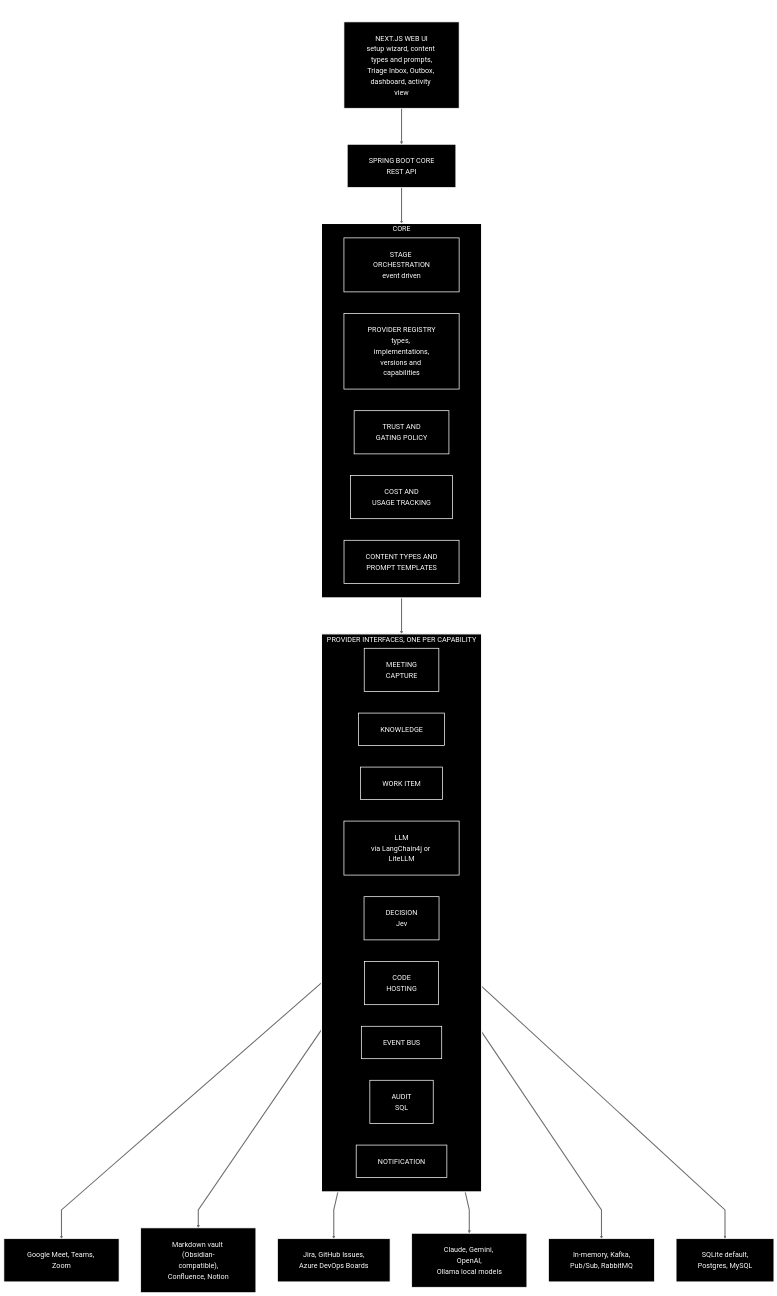
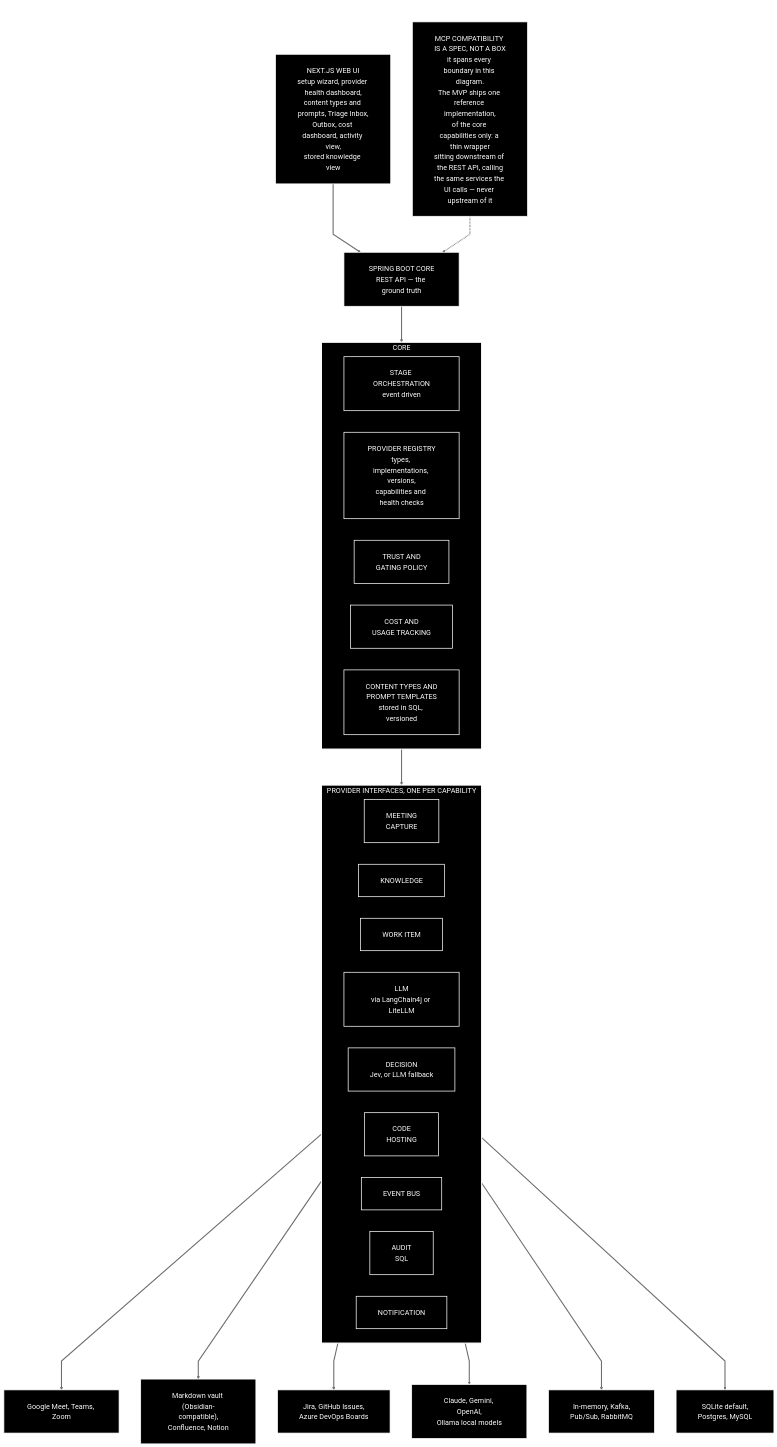
The diagram in prd/08-architecture.md (JamesTwisleton/capture-knowledge-action), drawn with Mermaid before and after one commit. The commit also changed other lines of this file and 17 other files, not shown here.

First line of the commit message:
PRD v0.9.4 to v0.9.6: MVP scope, event-driven pipeline, demo script, MCP

````diff
--- a/prd/08-architecture.md
+++ b/prd/08-architecture.md
@@ -9,42 +9,44 @@
 ```mermaid
 ---
 title: Architecture overview
 ---
 %%{init: {"theme":"base","themeVariables":{"background":"#000000","fontSize":"20px","primaryColor":"#000000","primaryTextColor":"#ffffff","primaryBorderColor":"#ffffff","secondaryColor":"#000000","secondaryTextColor":"#ffffff","secondaryBorderColor":"#ffffff","tertiaryColor":"#000000","tertiaryTextColor":"#ffffff","tertiaryBorderColor":"#ffffff","lineColor":"#6e6e6e","textColor":"#ffffff","mainBkg":"#000000","nodeBorder":"#ffffff","nodeTextColor":"#ffffff","clusterBkg":"#000000","clusterBorder":"#ffffff","titleColor":"#6e6e6e","edgeLabelBackground":"#000000"},"flowchart":{"nodeSpacing":60,"rankSpacing":100,"padding":30,"curve":"linear"},"themeCSS":"svg{background:#000000 !important;}"}}%%
 flowchart TB
-  UI["NEXT.JS WEB UI<br/>setup wizard, content types and prompts,<br/>Triage Inbox, Outbox, dashboard, activity view"]
-  API["SPRING BOOT CORE<br/>REST API"]
+  UI["NEXT.JS WEB UI<br/>setup wizard, provider health dashboard,<br/>content types and prompts, Triage Inbox,<br/>Outbox, cost dashboard, activity view,<br/>stored knowledge view"]
+  API["SPRING BOOT CORE<br/>REST API — the ground truth"]
   UI ==> API
+  MCP["MCP COMPATIBILITY IS A SPEC, NOT A BOX<br/>it spans every boundary in this diagram.<br/>The MVP ships one reference implementation,<br/>of the core capabilities only: a thin wrapper<br/>sitting downstream of the REST API, calling<br/>the same services the UI calls — never upstream of it"]
+  MCP -.-> API
   subgraph CORE["CORE"]
     direction LR
     ORCH["STAGE ORCHESTRATION<br/>event driven"]
-    REG["PROVIDER REGISTRY<br/>types, implementations,<br/>versions and capabilities"]
+    REG["PROVIDER REGISTRY<br/>types, implementations, versions,<br/>capabilities and health checks"]
     TRUST["TRUST AND<br/>GATING POLICY"]
     COST["COST AND<br/>USAGE TRACKING"]
-    PROMPTS["CONTENT TYPES AND<br/>PROMPT TEMPLATES"]
+    PROMPTS["CONTENT TYPES AND<br/>PROMPT TEMPLATES<br/>stored in SQL, versioned"]
   end
   API ==> CORE
   subgraph PROV["PROVIDER INTERFACES, ONE PER CAPABILITY"]
     direction LR
     P1["MEETING<br/>CAPTURE"]
     P2["KNOWLEDGE"]
     P3["WORK ITEM"]
     P4["LLM<br/>via LangChain4j or LiteLLM"]
-    P5["DECISION<br/>Jev"]
+    P5["DECISION<br/>Jev, or LLM fallback"]
     P6["CODE<br/>HOSTING"]
     P7["EVENT BUS"]
     P8["AUDIT<br/>SQL"]
     P9["NOTIFICATION"]
   end
   CORE ==> PROV
   P1 --> I1["Google Meet, Teams, Zoom"]
   P2 --> I2["Markdown vault (Obsidian-compatible),<br/>Confluence, Notion"]
   P3 --> I3["Jira, GitHub Issues,<br/>Azure DevOps Boards"]
   P4 --> I4["Claude, Gemini, OpenAI,<br/>Ollama local models"]
   P7 --> I7["In-memory, Kafka,<br/>Pub/Sub, RabbitMQ"]
   P8 --> I8["SQLite default,<br/>Postgres, MySQL"]
   classDef default fill:#000000,stroke:#ffffff,stroke-width:2px,color:#ffffff
   style CORE fill:#000000,stroke:#ffffff,stroke-width:3px,color:#ffffff
   style PROV fill:#000000,stroke:#ffffff,stroke-width:3px,color:#ffffff
   linkStyle default stroke:#6e6e6e,stroke-width:3px
 ```
````
